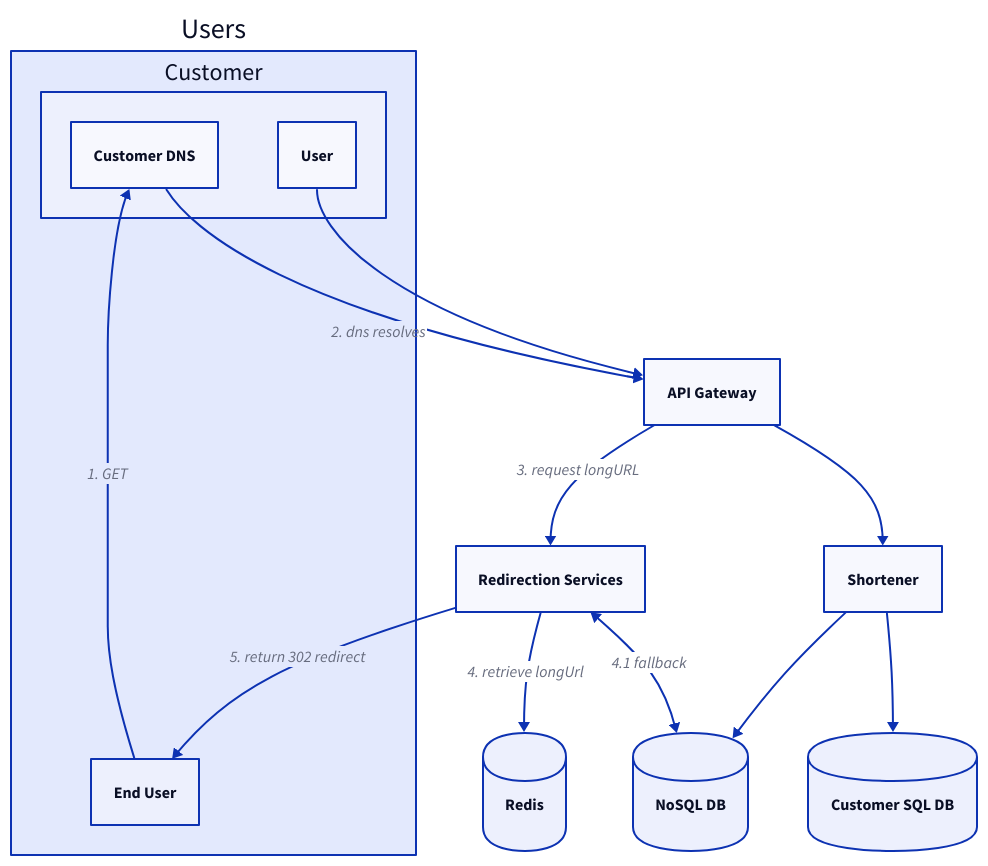
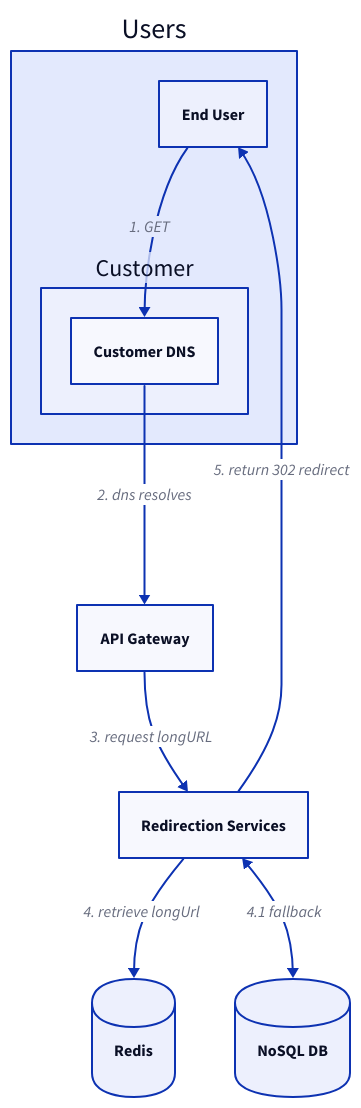
Before and after one commit to andrew-codes/interview-prep: the third of 3 diagrams in content/Systems Design/Interview Prep/Practice Problems/URL Shortener Solution.md, drawn with D2. The commit also changed other lines of this file and 1 other file, not shown here.

Commit message:
diagram updates

````diff
--- a/content/Systems Design/Interview Prep/Practice Problems/URL Shortener Solution.md
+++ b/content/Systems Design/Interview Prep/Practice Problems/URL Shortener Solution.md
@@ -172,31 +187,23 @@
 ```d2
 Users {
+	End User
 	Customer.Customer DNS
-	Customer.User
-	End User
 }
 API Gateway
 Redis {
 	shape: cylinder
 }
 NoSQL DB {
 	shape: cylinder
 }
-Customer SQL DB {
-	shape: cylinder
-}
 Redirection Services
 
-# Shortening
-Users.Customer.User -> API Gateway -> Shortener
-Shortener -> Customer SQL DB
-Shortener -> NoSQL DB
 
 # Redirection
 Users.End User -> Users.Customer.Customer DNS: 1. GET
 Users.Customer.Customer DNS -> API Gateway: 2. dns resolves
 API Gateway -> Redirection Services: 3. request longURL
 Redirection Services -> Redis: 4. retrieve longUrl
 Redirection Services <-> NoSQL DB: 4.1 fallback
 Redirection Services -> Users.End User: 5. return 302 redirect
 ```
````
